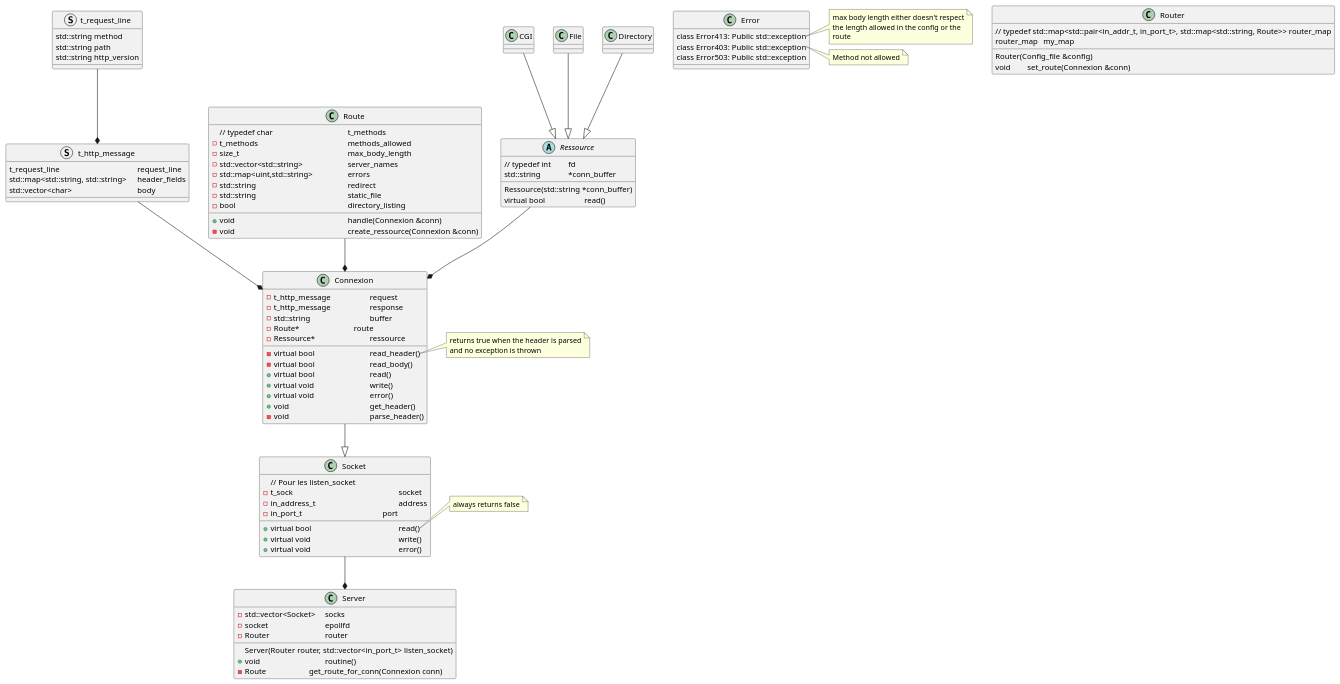
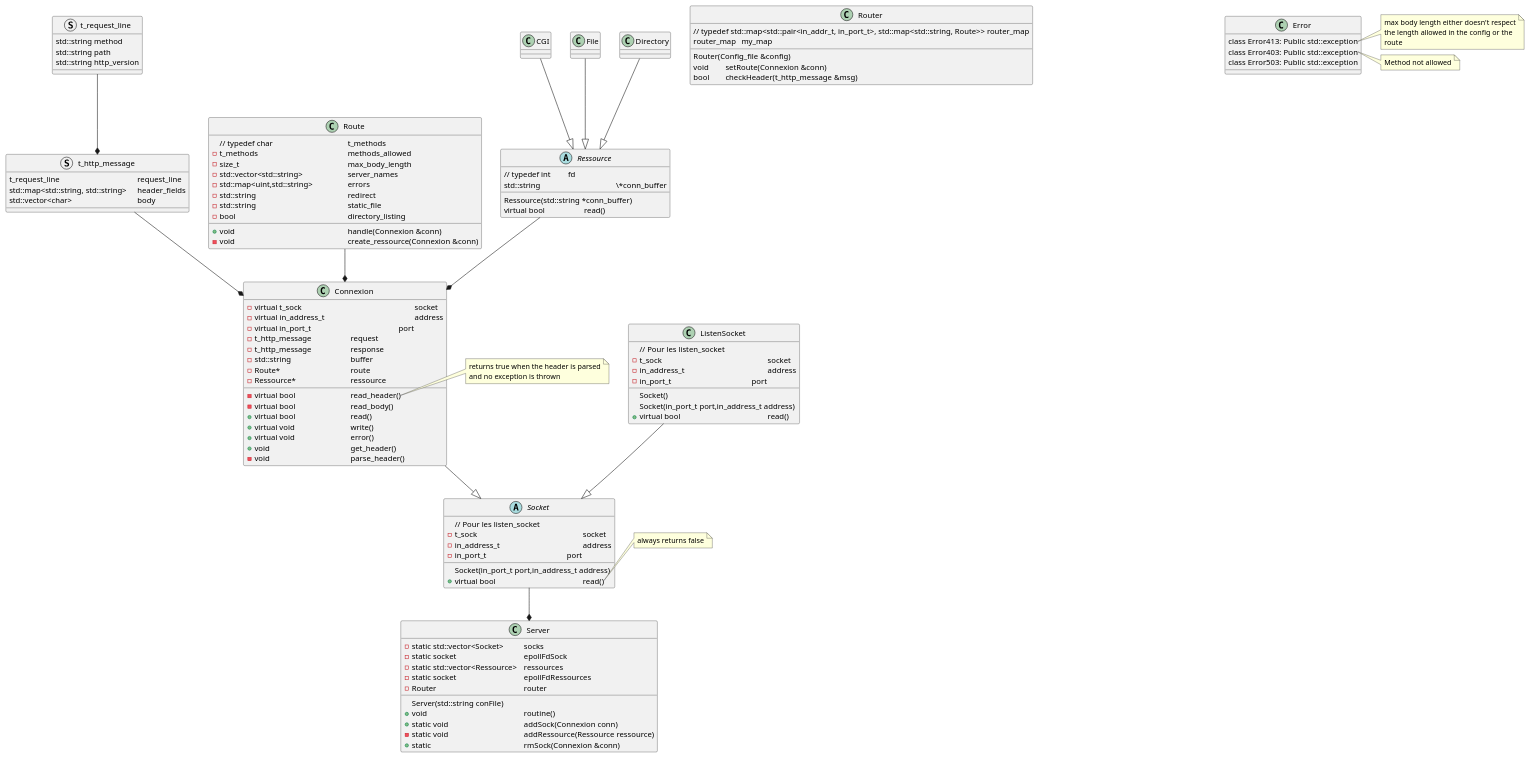
One commit to ouafabulous/webserv_42 changed the diagram in uml_scheme.plantuml. Above: the diagram before and after it, drawn with PlantUML.

Commit message:
uml updated

```diff
--- a/uml_scheme.plantuml
+++ b/uml_scheme.plantuml
@@ -1,123 +1,143 @@
 @startuml
 'note "typedef int t_sock" as N1
 
 struct t_request_line {
 std::string method
 std::string path
 std::string http_version
 }
 
 struct t_http_message {
 t_request_line \t\t\t\t\trequest_line
 std::map<std::string, std::string> \theader_fields
 std::vector<char> \t\t\t\tbody
 }
 
-class Socket {
+abstract class Socket {
 // Pour les listen_socket
 -t_sock \t\t\t\t\t\t\tsocket
 -in_address_t\t\t\t\t\t\taddress
 -in_port_t\t\t\t\t\t\tport
+Socket(in_port_t port,in_address_t address)
 +virtual bool \t\t\t\t\t\tread()
-+virtual void \t\t\t\t\t\twrite()
-+virtual void \t\t\t\t\t\terror()
 }
 note right of Socket::read
 always returns false
 endnote
 
+class ListenSocket {
+// Pour les listen_socket
+-t_sock \t\t\t\t\t\t\tsocket
+-in_address_t\t\t\t\t\t\taddress
+-in_port_t\t\t\t\t\t\tport
+Socket()
+Socket(in_port_t port,in_address_t address)
++virtual bool \t\t\t\t\t\tread()
+}
 
 class Connexion {
+-virtual t_sock \t\t\t\t\t\t\tsocket
+-virtual in_address_t\t\t\t\t\t\taddress
+-virtual in_port_t\t\t\t\t\t\tport
 -t_http_message\t\t\trequest
 -t_http_message\t\t\tresponse
 -std::string \t\t\t\tbuffer
--Route*\t\t\t\troute
+-Route*\t\t\t\t\troute
 ' -catch Error:Error413
 ' -catch Error:Error403
 -Ressource*\t\t\t\tressource
 -virtual bool \t\t\t\tread_header()
 -virtual bool \t\t\t\tread_body()
 +virtual bool \t\t\t\tread()
 +virtual void \t\t\t\twrite()
 +virtual void \t\t\t\terror()
 +void \t\t\t\t\tget_header()
 -void \t\t\t\t\tparse_header()
 }
 note right of Connexion::read_header
 returns true when the header is parsed
 and no exception is thrown
 endnote
 
 class Server {
-Server(Router router, std::vector<in_port_t> listen_socket)
--std::vector<Socket>\tsocks
--socket\t\t\t\tepollfd
--Router \t\t\t\trouter
-+void\t\t\t\t\troutine()
--Route\t\t\tget_route_for_conn(Connexion conn)
+Server(std::string conFile)
+-static std::vector<Socket>\t\tsocks
+-static socket\t\t\t\t\tepollFdSock
+-static std::vector<Ressource> \tressources
+-static socket\t\t\t\t\tepollFdRessources
+-Router \t\t\t\t\t\trouter
++void\t\t\t\t\t\t\troutine()
++static void\t\t\t\t\taddSock(Connexion conn)
+-static void\t\t\t\t\taddRessource(Ressource ressource)
++static \t\t\t\t\t\trmSock(Connexion &conn)
 }
 
 class Router{
 // typedef std::map<std::pair<in_addr_t, in_port_t>, std::map<std::string, Route>> router_map
 Router(Config_file &config)
 router_map \tmy_map
-void \tset_route(Connexion &conn)
+void \tsetRoute(Connexion &conn)
+bool \tcheckHeader(t_http_message &msg)
 }
+note right of Router::set_route
+Ne set route que si prerequisites are good
+endnote
 
 class Route{
  // typedef char \t\t\t\t\tt_methods
 -t_methods \t\\t\t\t\t\tmethods_allowed
 -size_t \t\t\t\t\t\t\tmax_body_length
 -std::vector<std::string>   \t\t\tserver_names
 -std::map<uint,std::string> \t\t\terrors
 -std::string \t\t\t\t\t\tredirect
 -std::string \t\t\t\t\t\tstatic_file
 -bool \t\t\t\t\t\t\tdirectory_listing
 
 +void \t\t\t\t\t\t\thandle(Connexion &conn)
 -void \t\t\t\t\t\t\tcreate_ressource(Connexion &conn)
 }
 
 Abstract class Ressource{
 // typedef int		fd
 Ressource(std::string *conn_buffer)
-std::string		*conn_buffer
+std::string		\t\t\t\*conn_buffer
 virtual bool			read()
 }
 
 class	CGI{
 	' catch Error::Error503
 }
 
 class 	File{
 
 }
 
 class	Directory{
 
 }
 
 class Error{
 class Error413: Public std::exception
 class Error403: Public std::exception
 class Error503: Public std::exception
 }
 note right of Error::Error413
 max body length either doesn't respect
 the length allowed in the config or the
 route
 endnote
 note right of Error::Error403
 Method not allowed
 endnote
 
+ListenSocket --|> Socket
 Ressource --* Connexion
 CGI--|> Ressource
 File--|> Ressource
 Directory--|> Ressource
 Connexion --|> Socket
 Socket --* Server
 Route --* Connexion
 t_request_line --* t_http_message
 t_http_message --* Connexion	
 @enduml
```
